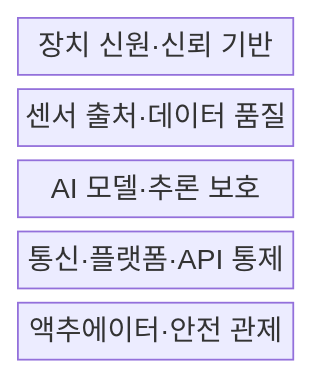
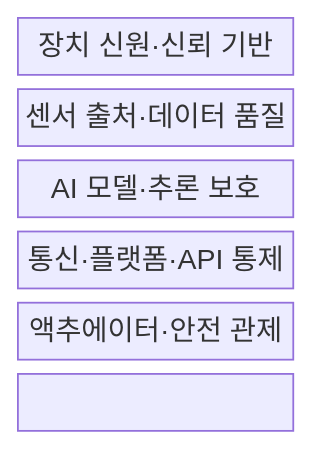
One commit to agnusdei1207/knowledge-base changed the first of 2 diagrams in src/content/docs/notes/05-security/132_aiot_security.md. Above: the diagram before and after it, drawn with Mermaid. The commit also changed other lines of this file and 151 other files, not shown here.

````diff
--- a/src/content/docs/notes/05-security/132_aiot_security.md
+++ b/src/content/docs/notes/05-security/132_aiot_security.md
@@ -57,9 +57,11 @@
 ```mermaid
 block-beta
   columns 1
   D["장치 신원·신뢰 기반"]
   S["센서 출처·데이터 품질"]
   M["AI 모델·추론 보호"]
   P["통신·플랫폼·API 통제"]
   A["액추에이터·안전 관제"]
+  D --- S --- M
+  M --- P --- A
 ```
````
